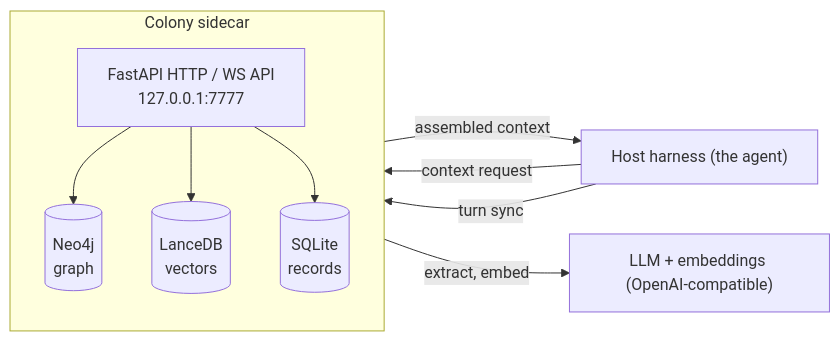
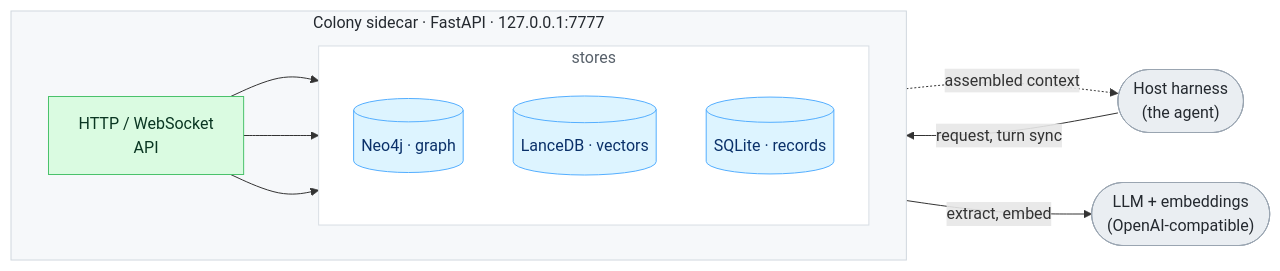
The diagram in README.md (Aevonix/ColonyAI), drawn with Mermaid before and after one commit.

Commit message:
docs(readme): polish architecture diagram (grouped stores, GitHub-palette styling)

````diff
--- a/README.md
+++ b/README.md
@@ -54,19 +54,32 @@
 ```mermaid
 flowchart LR
-    agent["Host harness (the agent)"]
+    agent(["Host harness<br/>(the agent)"])
+    models(["LLM + embeddings<br/>(OpenAI-compatible)"])
 
-    subgraph Colony sidecar
-        direction TB
-        api["FastAPI HTTP / WS API<br/>127.0.0.1:7777"]
-        api --> neo[("Neo4j<br/>graph")]
-        api --> lance[("LanceDB<br/>vectors")]
-        api --> sqlite[("SQLite<br/>records")]
+    subgraph colony["Colony sidecar · FastAPI · 127.0.0.1:7777"]
+        direction LR
+        api["HTTP / WebSocket<br/>API"]
+        subgraph stores["stores"]
+            direction TB
+            neo[("Neo4j · graph")]
+            lance[("LanceDB · vectors")]
+            sqlite[("SQLite · records")]
+        end
+        api --> neo
+        api --> lance
+        api --> sqlite
     end
 
-    models["LLM + embeddings (OpenAI-compatible)"]
+    agent -->|"request, turn sync"| api
+    api -.->|"assembled context"| agent
+    api -->|"extract, embed"| models
 
-    agent -->|context request| api
-    api -->|assembled context| agent
-    agent -->|turn sync| api
-    api -->|extract, embed| models
+    style colony fill:#f6f8fa,stroke:#d0d7de,color:#24292f
+    style stores fill:#ffffff,stroke:#d8dee4,color:#57606a
+    classDef store fill:#ddf4ff,stroke:#54aeff,color:#0a3069
+    classDef ext fill:#eaeef2,stroke:#9aa5b1,color:#24292f
+    classDef apinode fill:#dafbe1,stroke:#4ac26b,color:#0a3622
+    class neo,lance,sqlite store
+    class agent,models ext
+    class api apinode
 ```
````
